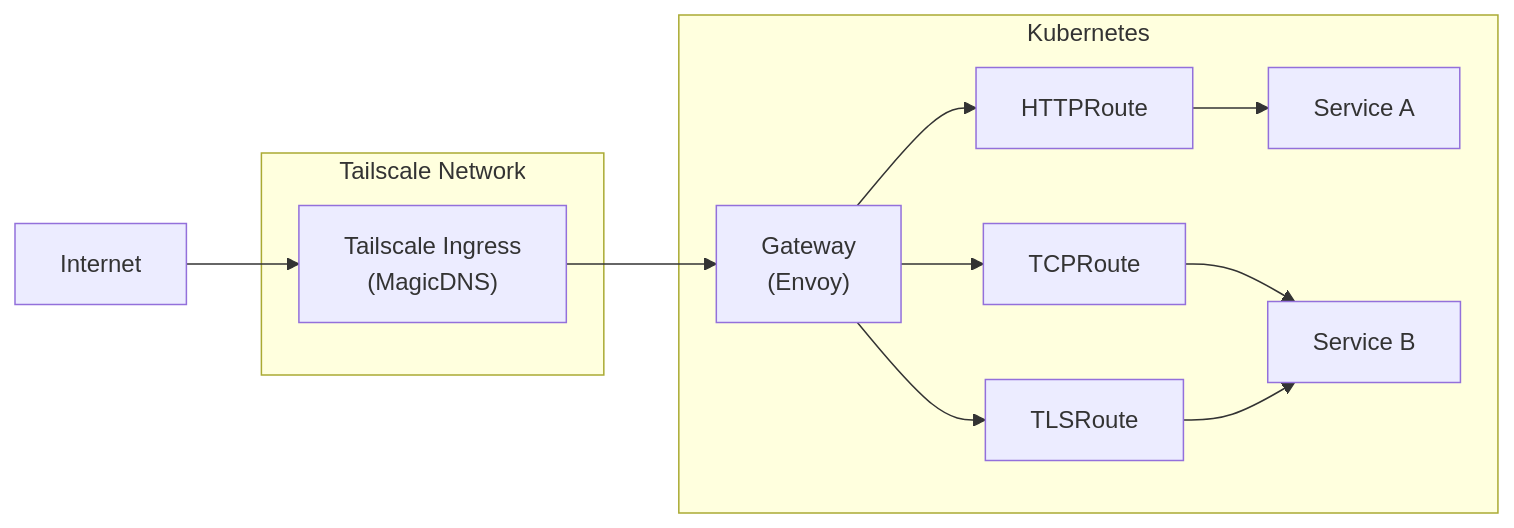
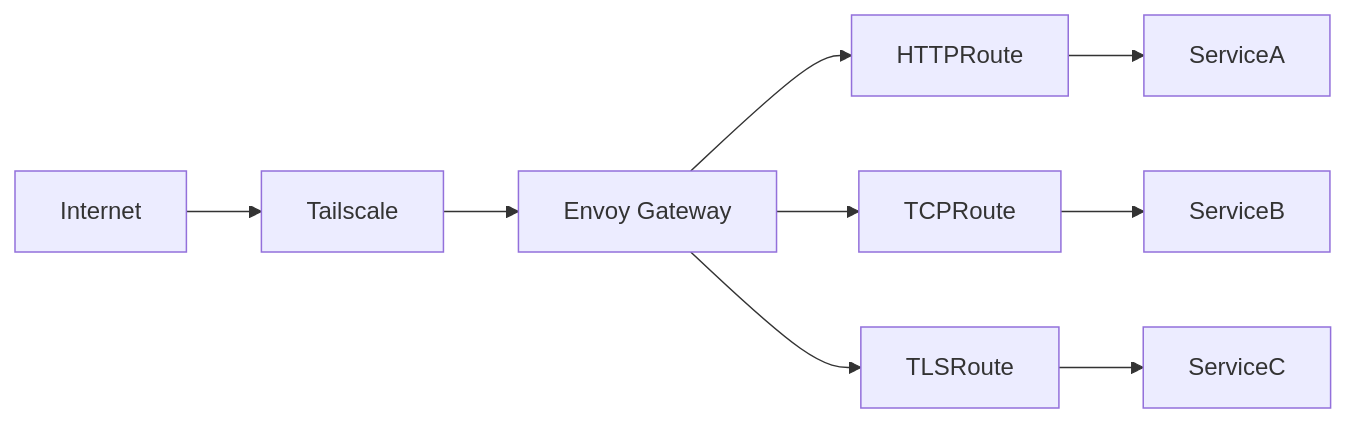
Before and after one commit to tomasz-wostal-eu/cd-homelab: the eighth of 8 diagrams in README.md, drawn with Mermaid. The commit also changed other lines of this file, not shown here.

````diff
--- a/README.md
+++ b/README.md
@@ -439,24 +295,7 @@
 ```mermaid
 flowchart LR
-    Internet["Internet"]
-
-    subgraph Tailscale["Tailscale Network"]
-        TS["Tailscale Ingress<br/>(MagicDNS)"]
-    end
-
-    subgraph Cluster["Kubernetes"]
-        GW["Gateway<br/>(Envoy)"]
-        HTTPRoute["HTTPRoute"]
-        TCPRoute["TCPRoute"]
-        TLSRoute["TLSRoute"]
-
-        SvcA["Service A"]
-        SvcB["Service B"]
-    end
-
-    Internet --> TS
-    TS --> GW
-    GW --> HTTPRoute --> SvcA
-    GW --> TCPRoute --> SvcB
-    GW --> TLSRoute --> SvcB
+    Internet --> Tailscale --> Gateway[Envoy Gateway]
+    Gateway --> HTTPRoute --> ServiceA
+    Gateway --> TCPRoute --> ServiceB
+    Gateway --> TLSRoute --> ServiceC
 ```
````
